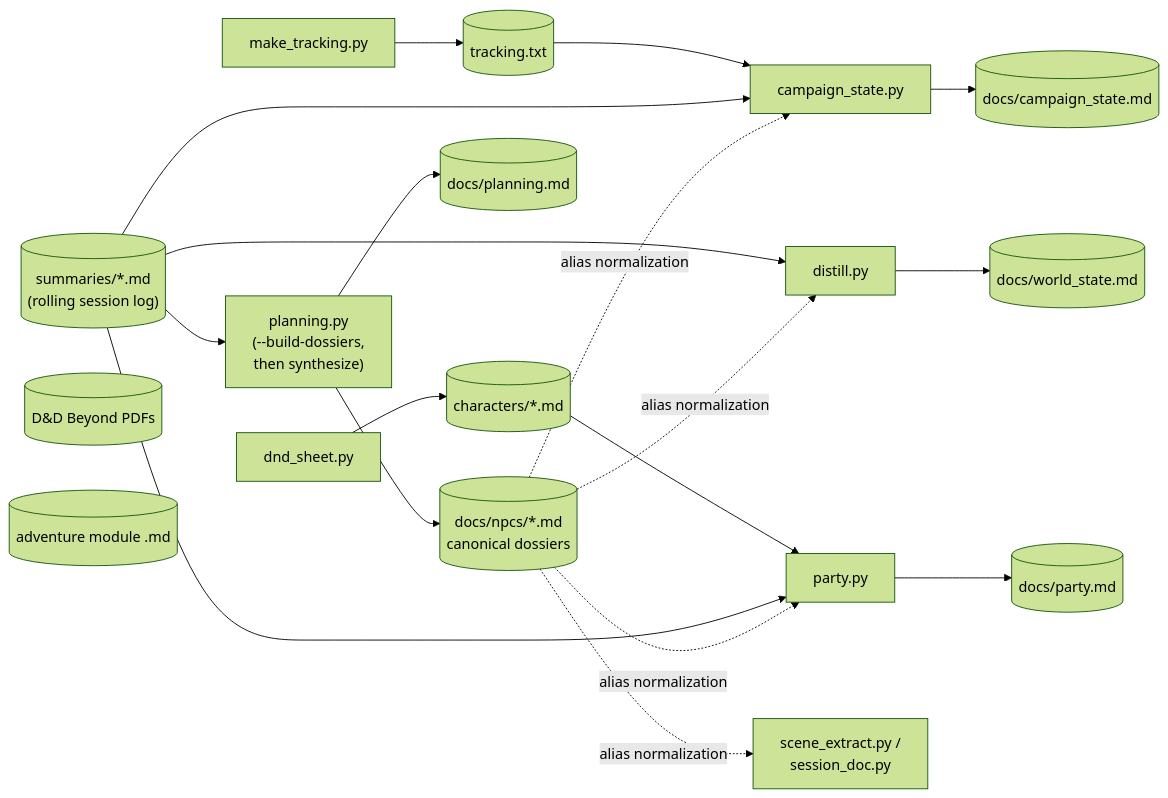
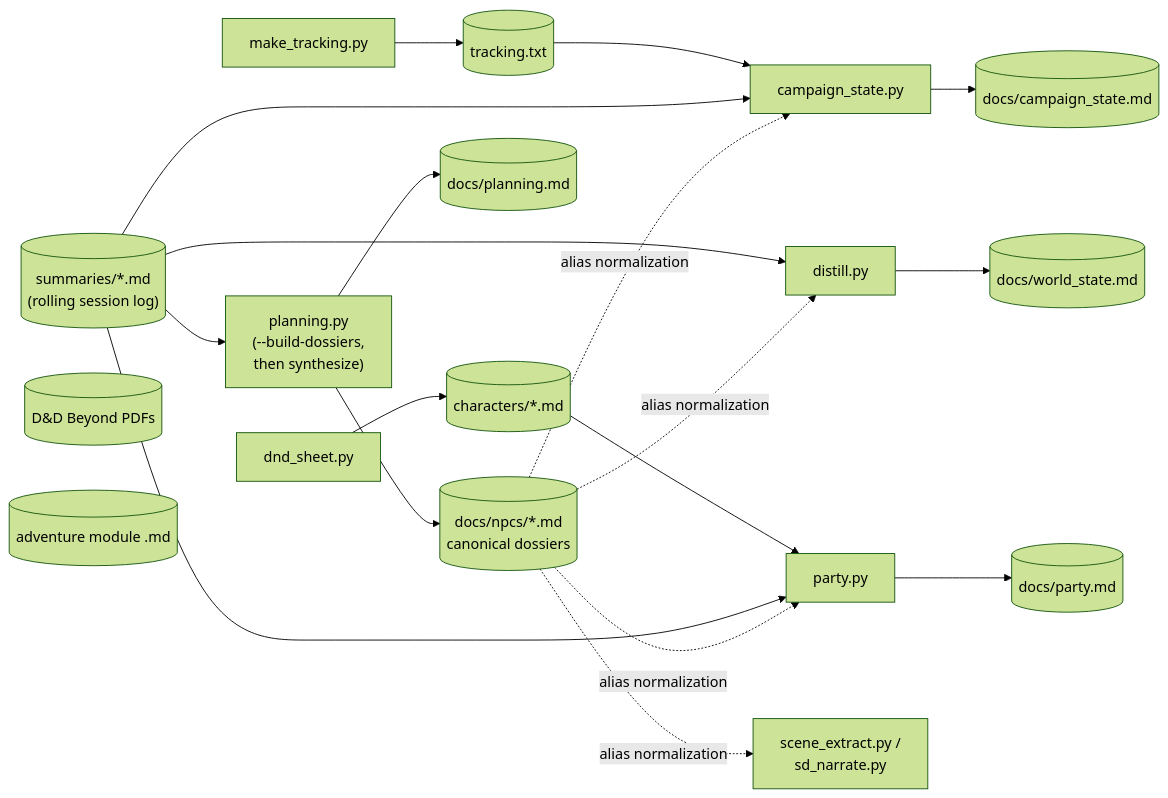
Before and after one commit to ameade/CampaignGenerator: the second of 3 diagrams in docs/core/architecture.md, drawn with Mermaid (forest theme). The commit also changed other lines of this file and 28 other files, not shown here.

````diff
--- a/docs/core/architecture.md
+++ b/docs/core/architecture.md
@@ -110,21 +110,21 @@
 ```mermaid
 flowchart LR
     SUMS[("summaries/*.md<br/>(rolling session log)")]
     PDFS[("D&D Beyond PDFs")]
     MOD[("adventure module .md")]
 
     DS["dnd_sheet.py"] --> CHARS[("characters/*.md")]
     MT["make_tracking.py"] --> TRK[("tracking.txt")]
     TRK --> CS["campaign_state.py"]
     SUMS --> CS --> CSDOC[("docs/campaign_state.md")]
     SUMS --> DI["distill.py"] --> WS[("docs/world_state.md")]
     CHARS --> PT["party.py"] --> PD[("docs/party.md")]
     SUMS --> PT
     SUMS --> PLAN["planning.py<br/>(--build-dossiers,<br/>then synthesize)"] --> PLDOC[("docs/planning.md")]
     PLAN --> DOSS[("docs/npcs/*.md<br/>canonical dossiers")]
 
     DOSS -. alias normalization .-> CS
     DOSS -. alias normalization .-> DI
     DOSS -. alias normalization .-> PT
-    DOSS -. alias normalization .-> SE2["scene_extract.py /<br/>session_doc.py"]
+    DOSS -. alias normalization .-> SE2["scene_extract.py /<br/>sd_narrate.py"]
 ```
````
